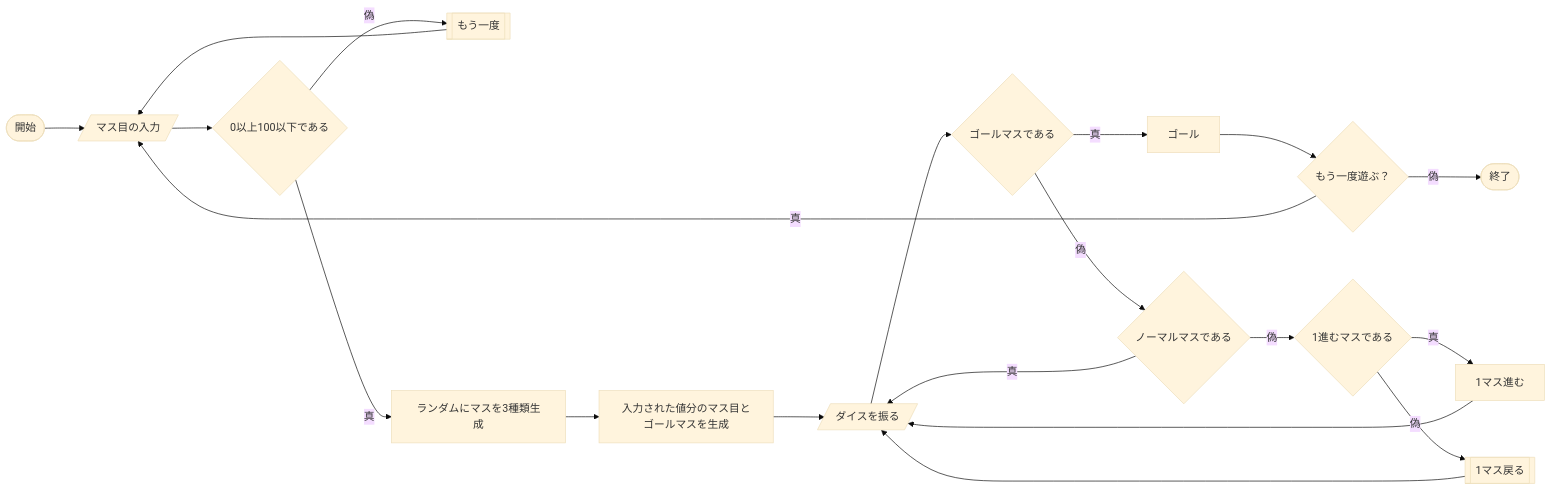
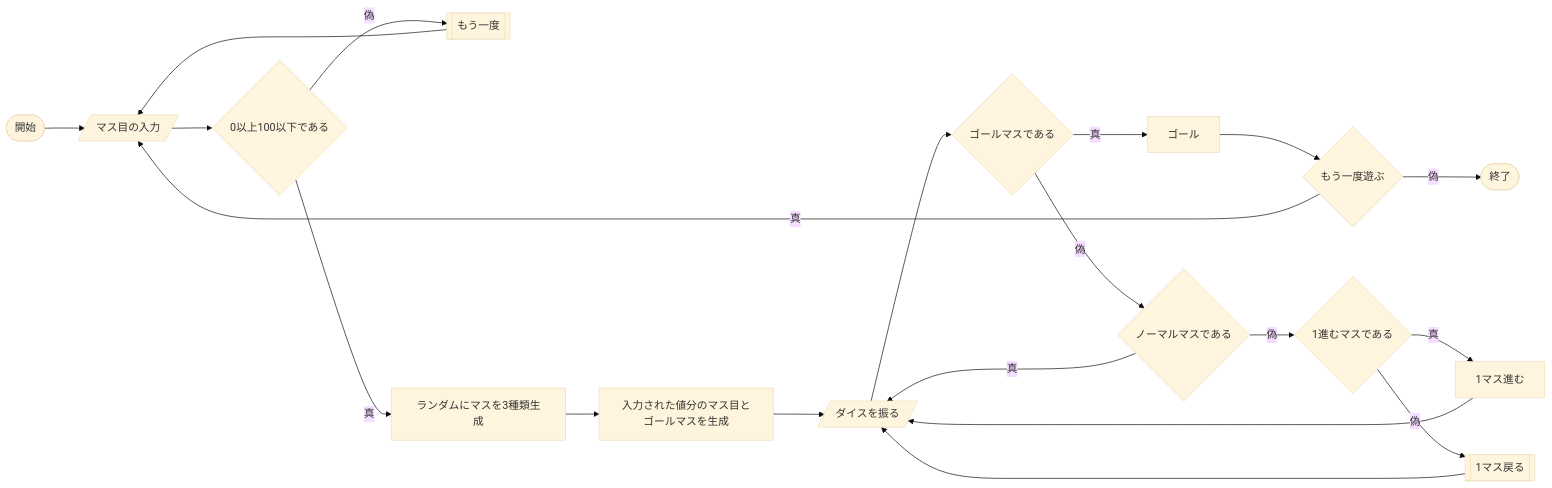
The diagram in README.md (tpu-game-2022/mermaid_test), drawn with Mermaid (base theme) before and after one commit.

````diff
--- a/README.md
+++ b/README.md
@@ -21,23 +21,23 @@
 ```mermaid
 flowchart LR;
   A([開始]) --> B[/マス目の入力/];
   B --> C{0以上100以下である}
   C --偽--> D[[もう一度]];
   D --> B;
   C --真--> E[ランダムにマスを3種類生成];
   E --> F[入力された値分のマス目とゴールマスを生成];
   F --> G[/ダイスを振る/];
   G --> H{ゴールマスである}
   H --真--> L[ゴール];
-  L --> M{もう一度遊ぶ？}
+  L --> M{もう一度遊ぶ}
   M --真--> B;
   M --偽--> N([終了]);
   H --偽--> I{ノーマルマスである}
   I --真--> G;
   I --偽--> J{1進むマスである}
   J --真--> O[1マス進む];
   O --> G;
   J --偽--> K[[1マス戻る]];
   K --> G;
   
 ```
````
